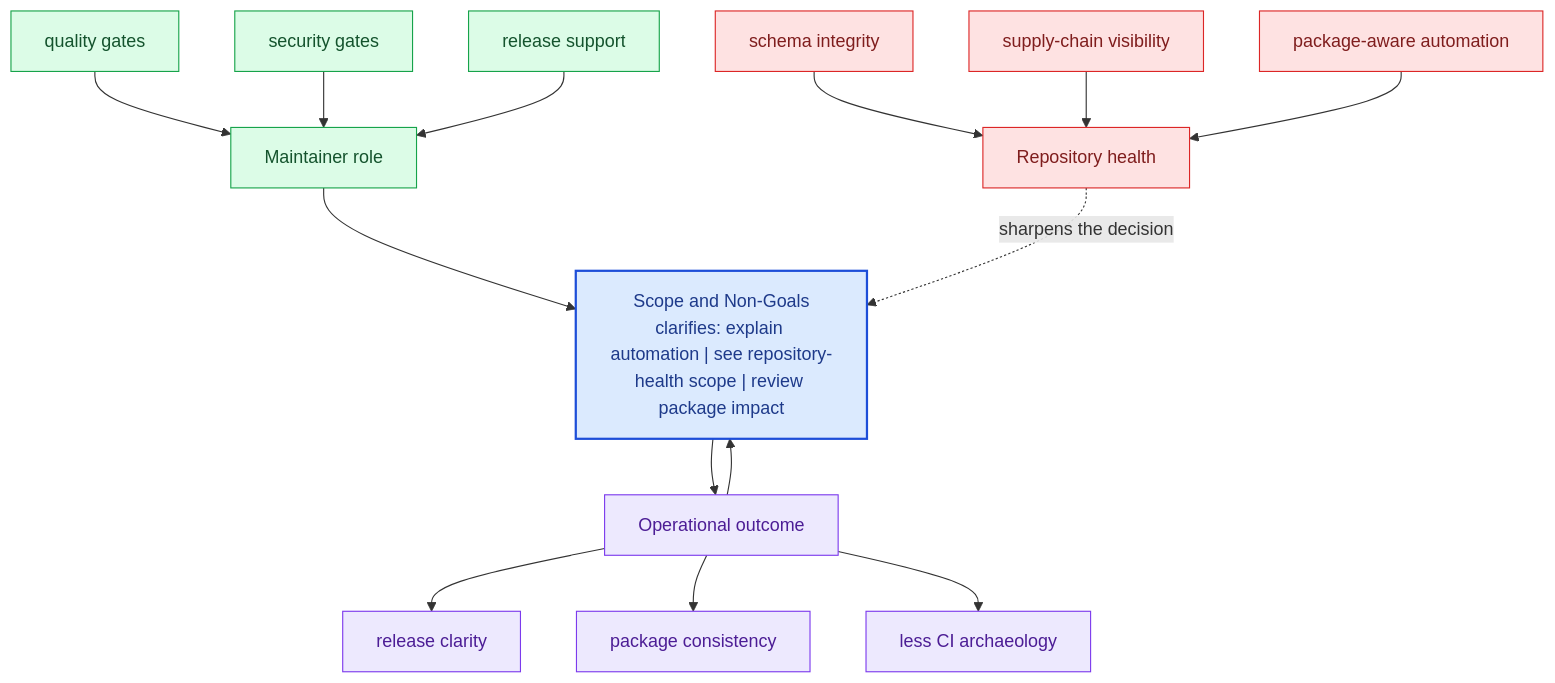
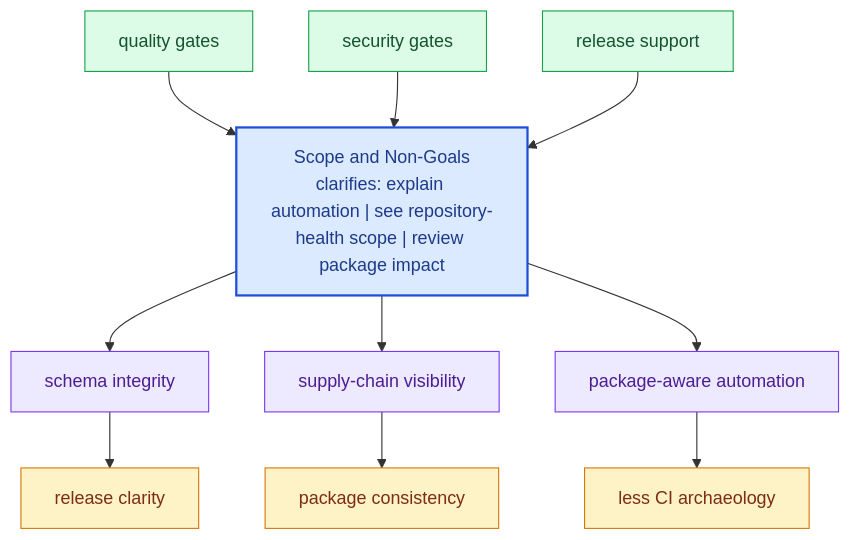
Before and after one commit to bijux/bijux-canon: the diagram in docs/bijux-canon-dev/scope-and-non-goals.md, drawn with Mermaid. The commit also changed other lines of this file and 281 other files, not shown here.

Commit message:
docs(diagrams): replace repeated mermaid scaffolds with page-specific summaries

````diff
--- a/docs/bijux-canon-dev/scope-and-non-goals.md
+++ b/docs/bijux-canon-dev/scope-and-non-goals.md
@@ -67,40 +22,31 @@
 ```mermaid
 flowchart TB
-    promise["Scope and Non-Goals<br/>clarifies: explain automation | see repository-health scope | review package impact"]
-    classDef promise fill:#dbeafe,stroke:#1d4ed8,color:#1e3a8a,stroke-width:2px;
-    classDef driver fill:#dcfce7,stroke:#16a34a,color:#14532d;
-    classDef constraint fill:#fee2e2,stroke:#dc2626,color:#7f1d1d;
-    classDef ground fill:#ede9fe,stroke:#7c3aed,color:#4c1d95;
-    focus1["Maintainer role"]
-    focus1 --> promise
-    focus1_1["quality gates"]
-    focus1_1 --> focus1
-    focus1_2["security gates"]
-    focus1_2 --> focus1
-    focus1_3["release support"]
-    focus1_3 --> focus1
-    class focus1 driver;
-    class focus1_1,focus1_2,focus1_3 driver;
-    focus2["Repository health"]
-    focus2 -.sharpens the decision.-> promise
-    focus2_1["schema integrity"]
-    focus2_1 --> focus2
-    focus2_2["supply-chain visibility"]
-    focus2_2 --> focus2
-    focus2_3["package-aware automation"]
-    focus2_3 --> focus2
-    class focus2 constraint;
-    class focus2_1,focus2_2,focus2_3 constraint;
-    focus3["Operational outcome"]
-    focus3 --> promise
-    promise --> focus3
-    focus3_1["release clarity"]
-    focus3 --> focus3_1
-    focus3_2["package consistency"]
-    focus3 --> focus3_2
-    focus3_3["less CI archaeology"]
-    focus3 --> focus3_3
-    class focus3 ground;
-    class focus3_1,focus3_2,focus3_3 ground;
-    class promise promise;
+    page["Scope and Non-Goals<br/>clarifies: explain automation | see repository-health scope | review package impact"]
+    classDef page fill:#dbeafe,stroke:#1d4ed8,color:#1e3a8a,stroke-width:2px;
+    classDef positive fill:#dcfce7,stroke:#16a34a,color:#14532d;
+    classDef caution fill:#fee2e2,stroke:#dc2626,color:#7f1d1d;
+    classDef anchor fill:#ede9fe,stroke:#7c3aed,color:#4c1d95;
+    classDef action fill:#fef3c7,stroke:#d97706,color:#7c2d12;
+    role1["quality gates"]
+    role1 --> page
+    role2["security gates"]
+    role2 --> page
+    role3["release support"]
+    role3 --> page
+    health1["schema integrity"]
+    page --> health1
+    health2["supply-chain visibility"]
+    page --> health2
+    health3["package-aware automation"]
+    page --> health3
+    outcome1["release clarity"]
+    health1 --> outcome1
+    outcome2["package consistency"]
+    health2 --> outcome2
+    outcome3["less CI archaeology"]
+    health3 --> outcome3
+    class page page;
+    class role1,role2,role3 positive;
+    class health1,health2,health3 anchor;
+    class outcome1,outcome2,outcome3 action;
 ```
````
